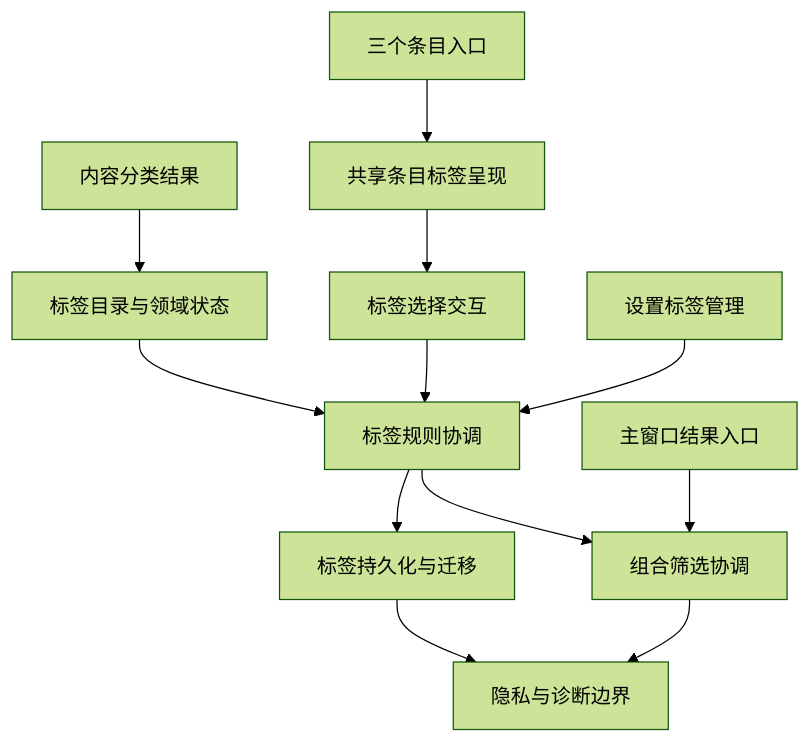
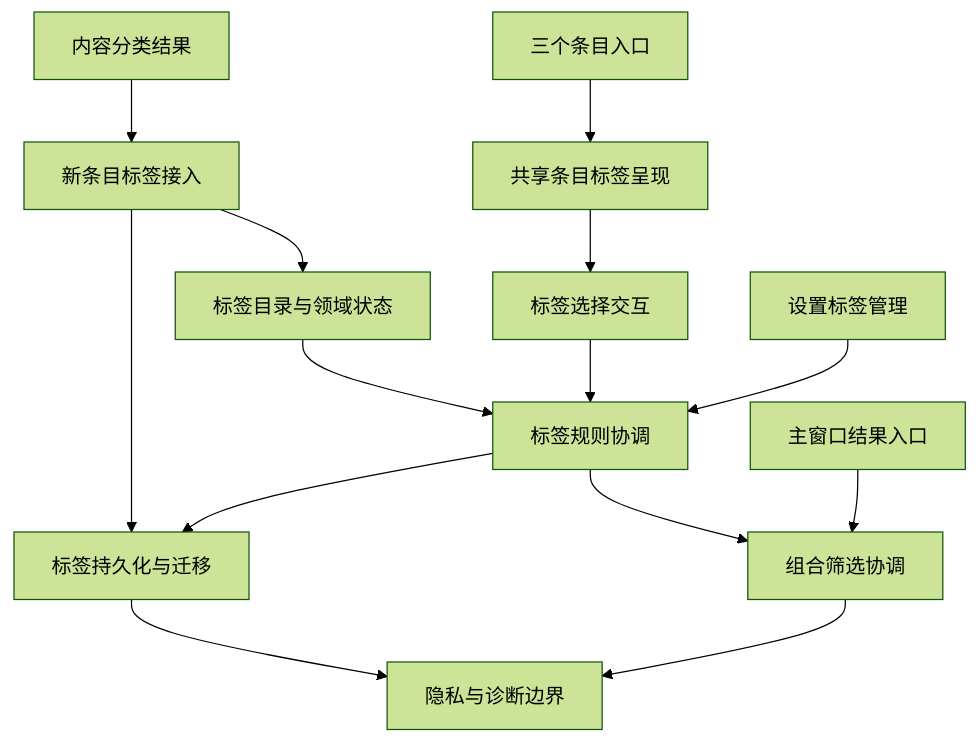
Before and after one commit to marcocpt/ClipMind: the first of 10 diagrams in docs/planning/P0/F1/F1.14_用户自定义标签_设计文档.md, drawn with Mermaid (forest theme). The commit also changed other lines of this file and 1 other file, not shown here.

````diff
--- a/docs/planning/P0/F1/F1.14_用户自定义标签_设计文档.md
+++ b/docs/planning/P0/F1/F1.14_用户自定义标签_设计文档.md
@@ -57,14 +60,16 @@
 ```mermaid
 graph TB
-    分类结果[内容分类结果] --> 标签目录[标签目录与领域状态]
+    分类结果[内容分类结果] --> 新条目接入[新条目标签接入]
+    新条目接入 --> 标签目录[标签目录与领域状态]
+    新条目接入 --> 持久迁移[标签持久化与迁移]
     标签目录 --> 标签规则[标签规则协调]
     用户入口[三个条目入口] --> 共享呈现[共享条目标签呈现]
     共享呈现 --> 选择交互[标签选择交互]
     选择交互 --> 标签规则
     设置入口[设置标签管理] --> 标签规则
     标签规则 --> 持久迁移[标签持久化与迁移]
     标签规则 --> 组合筛选[组合筛选协调]
     主窗口[主窗口结果入口] --> 组合筛选
     持久迁移 --> 隐私诊断[隐私与诊断边界]
     组合筛选 --> 隐私诊断
 ```
````
